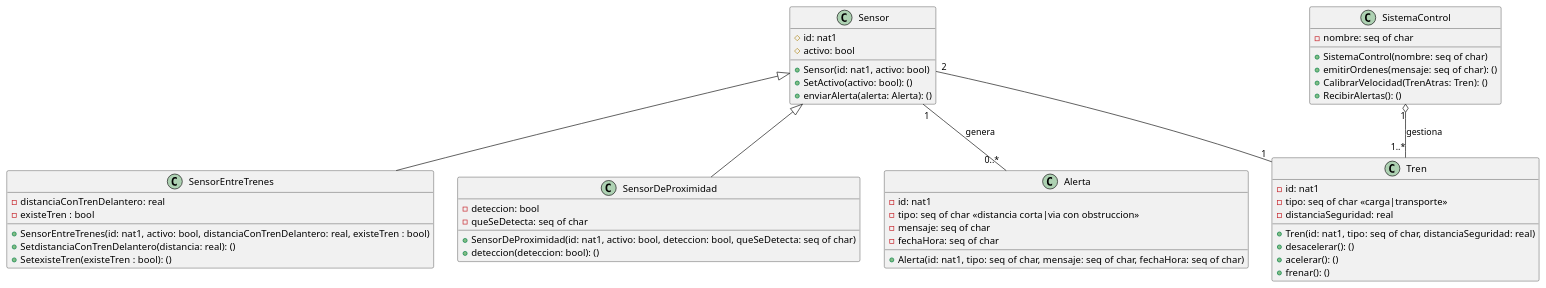
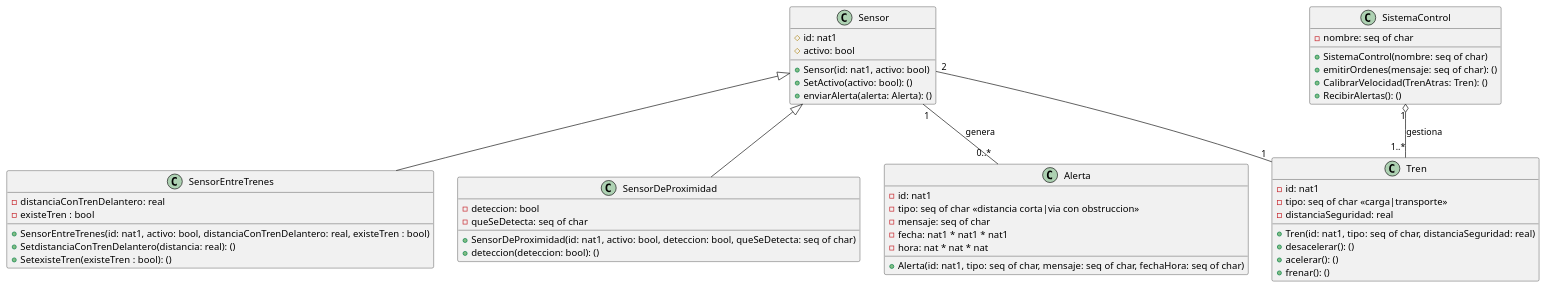
One commit to RodrigoStranger/mf-trafico-de-trenes changed the diagram in diagrama de clases/trafico-de-trenes.wsd. Above: the diagram before and after it, drawn with PlantUML.

```diff
--- a/diagrama de clases/trafico-de-trenes.wsd
+++ b/diagrama de clases/trafico-de-trenes.wsd
@@ -1,58 +1,59 @@
 @startuml trafico de trenes
 
 class Tren {
     -id: nat1
     -tipo: seq of char <<carga|transporte>>
     -distanciaSeguridad: real
     +Tren(id: nat1, tipo: seq of char, distanciaSeguridad: real)
     +desacelerar(): ()
     +acelerar(): ()
     +frenar(): ()
 }
 
 class Sensor {
     #id: nat1
     #activo: bool
     +Sensor(id: nat1, activo: bool)
     +SetActivo(activo: bool): ()
     +enviarAlerta(alerta: Alerta): ()
 }
 
 class SensorEntreTrenes{
     -distanciaConTrenDelantero: real
     -existeTren : bool
     +SensorEntreTrenes(id: nat1, activo: bool, distanciaConTrenDelantero: real, existeTren : bool)
     +SetdistanciaConTrenDelantero(distancia: real): ()
     +SetexisteTren(existeTren : bool): ()
 }
 
 class SensorDeProximidad {
     -deteccion: bool
     -queSeDetecta: seq of char
     +SensorDeProximidad(id: nat1, activo: bool, deteccion: bool, queSeDetecta: seq of char)
     +deteccion(deteccion: bool): ()
 }
 
 class Alerta {
     -id: nat1
     -tipo: seq of char <<distancia corta|via con obstruccion>>
     -mensaje: seq of char
-    -fechaHora: seq of char
+    -fecha: nat1 * nat1 * nat1
+    -hora: nat * nat * nat
     +Alerta(id: nat1, tipo: seq of char, mensaje: seq of char, fechaHora: seq of char)
 }
 
 class SistemaControl {
     -nombre: seq of char
     +SistemaControl(nombre: seq of char)
     +emitirOrdenes(mensaje: seq of char): ()
     +CalibrarVelocidad(TrenAtras: Tren): ()
     +RecibirAlertas(): ()
 }
 
 Sensor <|-- SensorEntreTrenes
 Sensor <|-- SensorDeProximidad
 
 SistemaControl "1" o-- "1..*" Tren : gestiona
 Sensor "1" -- "0..*" Alerta : genera
 Sensor "2" -- "1" Tren
 @enduml
```
